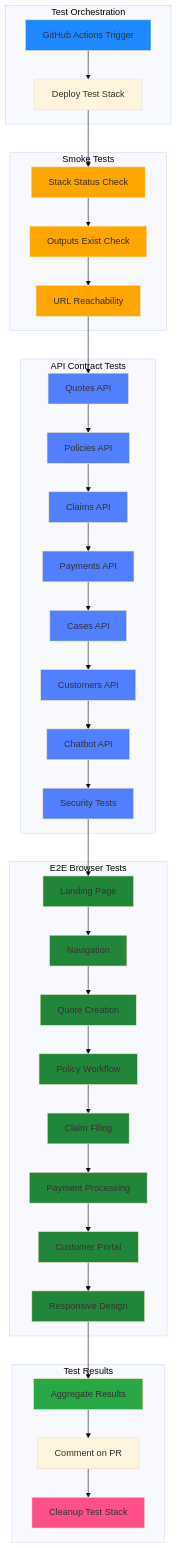
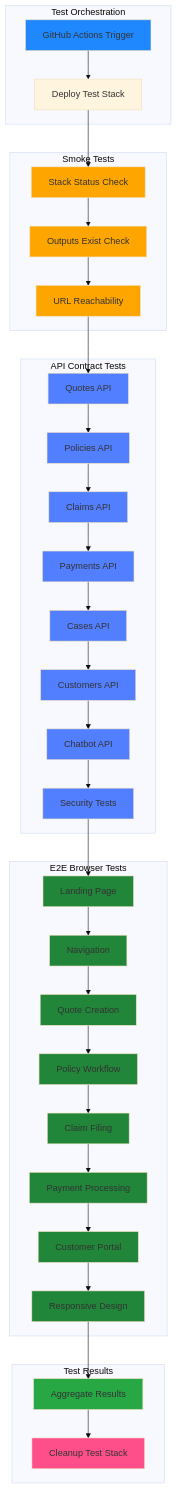
The eighth of 15 diagrams in README.md (SkyflowFoundry/Silvermoat), drawn with Mermaid (base theme) before and after one commit. The commit also changed other lines of this file and 2 other files, not shown here.

```diff
--- a/README.md
+++ b/README.md
@@ -452,7 +451,6 @@
 
     subgraph "Test Results"
         Results[Aggregate Results]
-        Comment[Comment on PR]
         Cleanup[Cleanup Test Stack]
     end
 
@@ -480,8 +478,7 @@
     E7 --> E8
 
     E8 --> Results
-    Results --> Comment
-    Comment --> Cleanup
+    Results --> Cleanup
 
     style Trigger fill:#2088FF
     style S1 fill:#FFA500
```
